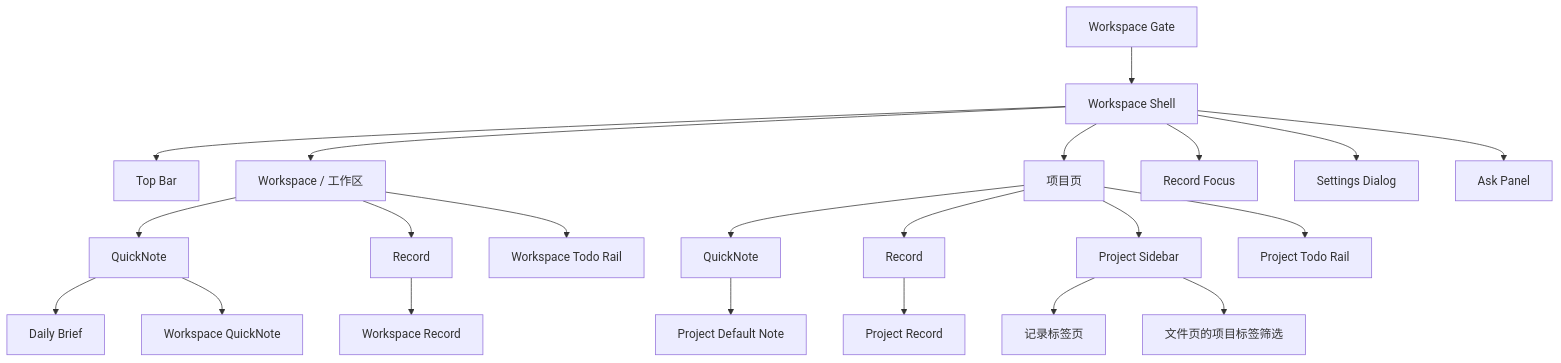
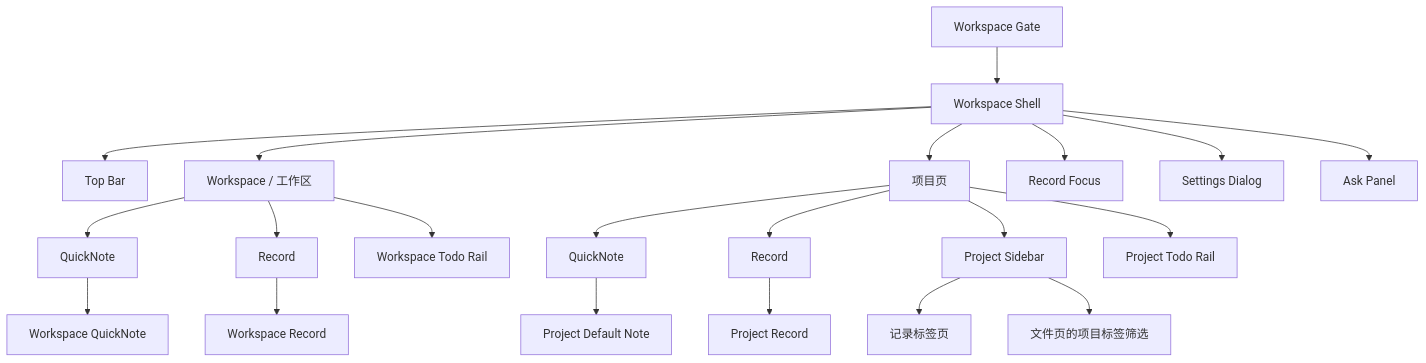
Before and after one commit to xuchen-cloud/project_mind: the diagram in docs/alpha-ux.md, drawn with Mermaid. The commit also changed other lines of this file and 63 other files, not shown here.

````diff
--- a/docs/alpha-ux.md
+++ b/docs/alpha-ux.md
@@ -25,24 +25,23 @@
 ```mermaid
 flowchart TD
   A["Workspace Gate"] --> B["Workspace Shell"]
   B --> C["Top Bar"]
   B --> D["Workspace / 工作区"]
   B --> E["项目页"]
   B --> F["Record Focus"]
   B --> G["Settings Dialog"]
   B --> H["Ask Panel"]
   D --> I["QuickNote"]
   D --> J["Record"]
-  I --> K["Daily Brief"]
   I --> L["Workspace QuickNote"]
   J --> M["Workspace Record"]
   D --> N["Workspace Todo Rail"]
   E --> O["QuickNote"]
   E --> P["Record"]
   O --> Q["Project Default Note"]
   P --> R["Project Record"]
   E --> S["Project Sidebar"]
   E --> T["Project Todo Rail"]
   S --> U["记录标签页"]
   S --> V["文件页的项目标签筛选"]
 ```
````
